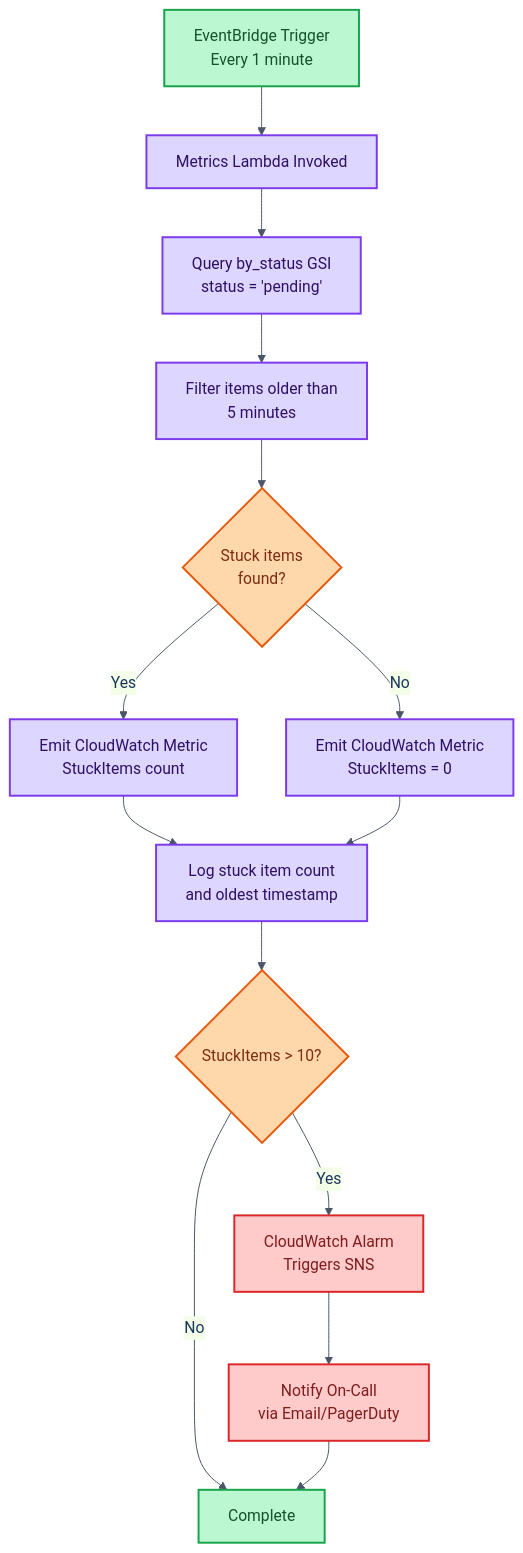
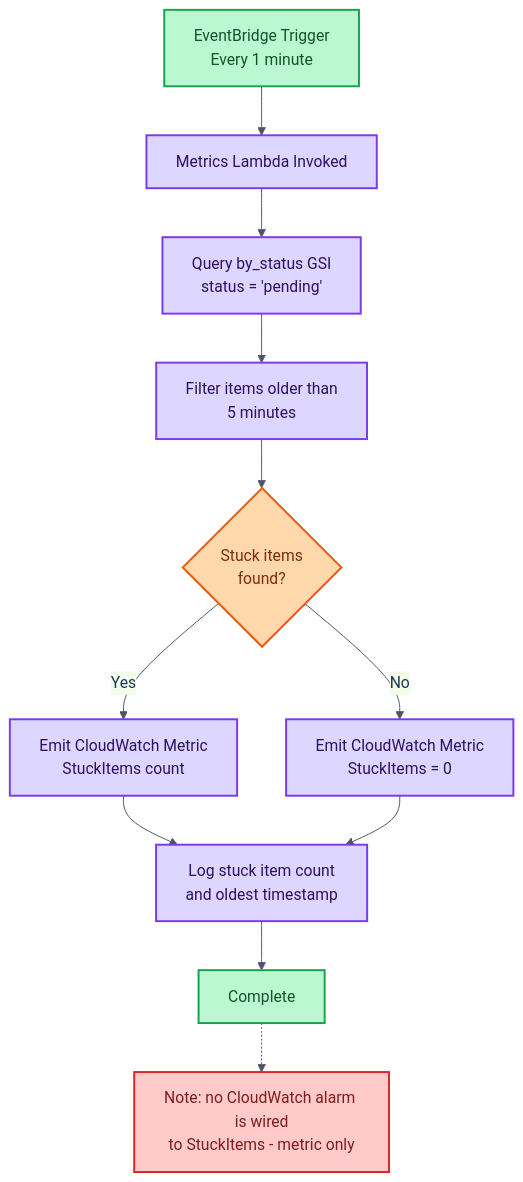
One commit to traylorre/sentiment-analyzer-gsk changed the second of 10 diagrams in docs/operations/OPERATIONAL_FLOWS.md. Above: the diagram before and after it, drawn with Mermaid. The commit also changed other lines of this file and 96 other files, not shown here.

````diff
--- a/docs/operations/OPERATIONAL_FLOWS.md
+++ b/docs/operations/OPERATIONAL_FLOWS.md
@@ -79,27 +79,24 @@
 ```mermaid
 %%{init: {'theme': 'base', 'themeVariables': {'primaryColor': '#e8f4fd', 'primaryTextColor': '#1a365d', 'primaryBorderColor': '#3182ce', 'lineColor': '#4a5568'}}}%%
 flowchart TD
     Start[EventBridge Trigger<br/>Every 1 minute] --> MetricsLambda[Metrics Lambda Invoked]
     MetricsLambda --> QueryGSI[Query by_status GSI<br/>status = 'pending']
     QueryGSI --> FilterOld[Filter items older than<br/>5 minutes]
     FilterOld --> Count{Stuck items<br/>found?}
     Count -->|Yes| EmitMetric[Emit CloudWatch Metric<br/>StuckItems count]
     Count -->|No| EmitZero[Emit CloudWatch Metric<br/>StuckItems = 0]
     EmitMetric --> LogResults[Log stuck item count<br/>and oldest timestamp]
     EmitZero --> LogResults
-    LogResults --> CheckAlarm{StuckItems > 10?}
-    CheckAlarm -->|Yes| TriggerAlarm[CloudWatch Alarm<br/>Triggers SNS]
-    CheckAlarm -->|No| End[Complete]
-    TriggerAlarm --> NotifyOnCall[Notify On-Call<br/>via Email/PagerDuty]
-    NotifyOnCall --> End
+    LogResults --> End[Complete]
+    End -.-> NoAlarm[Note: no CloudWatch alarm is wired<br/>to StuckItems - metric only]
 
     classDef successNode fill:#bbf7d0,stroke:#16a34a,stroke-width:2px,color:#14532d
     classDef processNode fill:#ddd6fe,stroke:#7c3aed,stroke-width:2px,color:#2e1065
     classDef decisionNode fill:#fed7aa,stroke:#ea580c,stroke-width:2px,color:#7c2d12
     classDef alertNode fill:#fecaca,stroke:#dc2626,stroke-width:2px,color:#7f1d1d
 
     class Start,End successNode
     class MetricsLambda,QueryGSI,FilterOld,EmitMetric,EmitZero,LogResults processNode
-    class Count,CheckAlarm decisionNode
-    class TriggerAlarm,NotifyOnCall alertNode
+    class Count decisionNode
+    class NoAlarm alertNode
 ```
````
